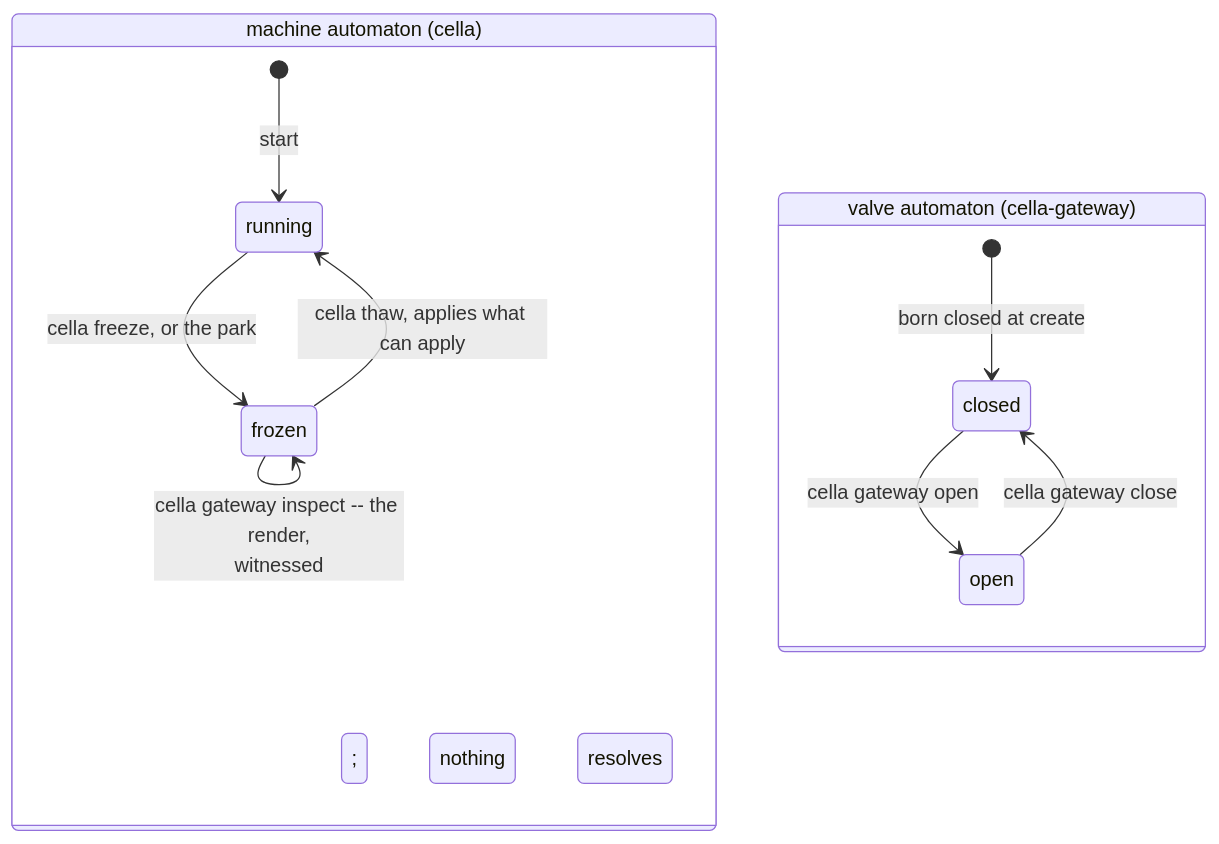
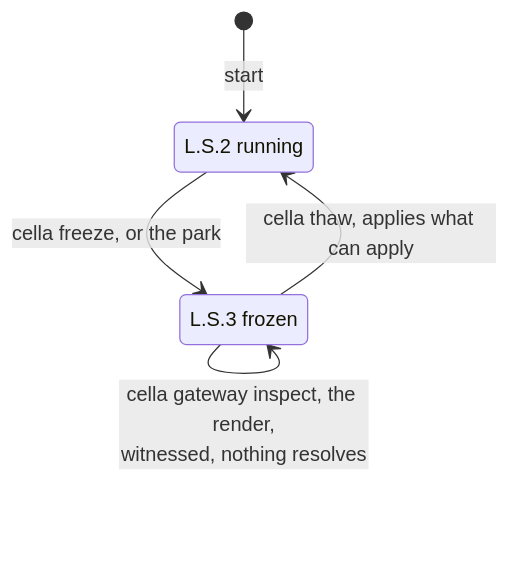
The third of 8 diagrams in docs/FREEZE-THAW.md (omne-earth/cella), drawn with Mermaid before and after one commit. The commit also changed other lines of this file and 8 other files, not shown here.

Commit message:
docs: comprehensive grooming of all markdowns and diagrams

````diff
--- a/docs/FREEZE-THAW.md
+++ b/docs/FREEZE-THAW.md
@@ -131,18 +139,9 @@
 ```mermaid
 stateDiagram-v2
-    state "machine automaton (cella)" as M {
-        R: running
-        F: frozen
-        [*] --> R: start
-        R --> F: cella freeze, or the park
-        F --> R: cella thaw, applies what can apply
-        F --> F: cella gateway inspect -- the render,<br/>witnessed; nothing resolves
-    }
-    state "valve automaton (cella-gateway)" as V {
-        C: closed
-        O: open
-        [*] --> C: born closed at create
-        C --> O: cella gateway open
-        O --> C: cella gateway close
-    }
+    state "L.S.2 running" as R
+    state "L.S.3 frozen" as F
+    [*] --> R: start
+    R --> F: cella freeze, or the park
+    F --> R: cella thaw, applies what can apply
+    F --> F: cella gateway inspect, the render,<br/>witnessed, nothing resolves
 ```
````
